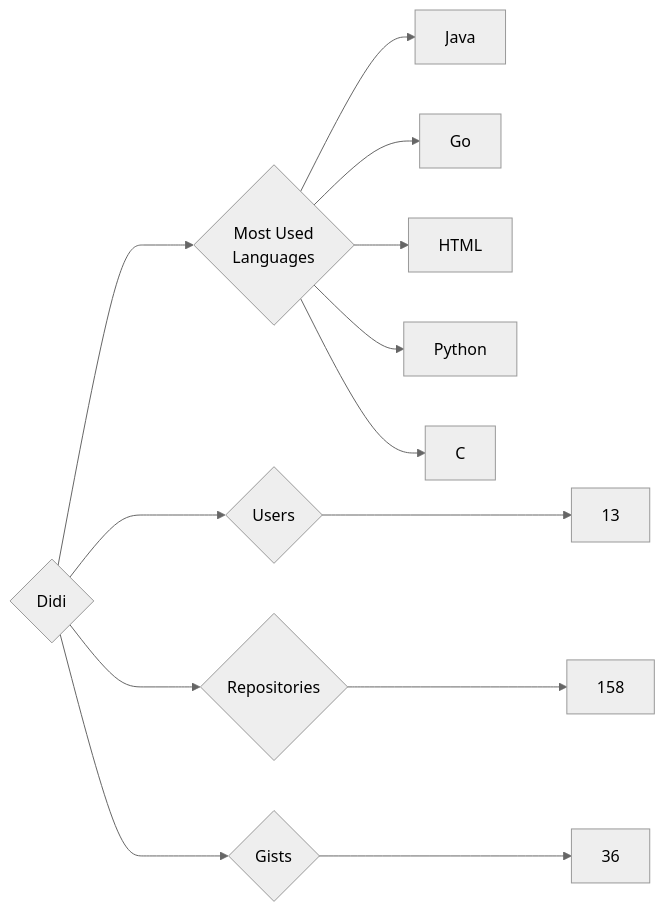
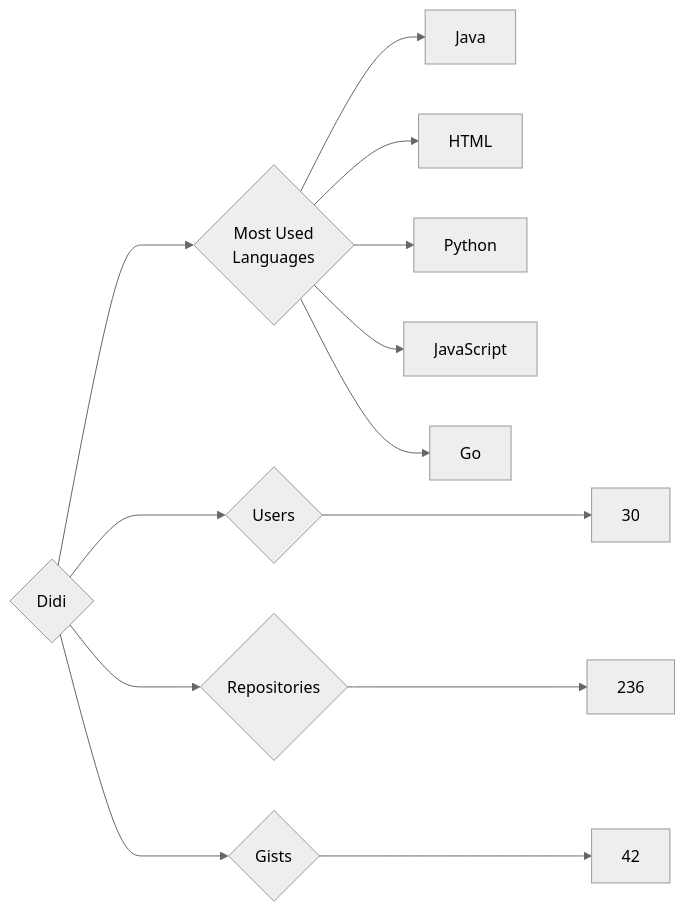
Before and after one commit to trickest/insiders: the diagram in targets/Didi/README.md, drawn with Mermaid (neutral theme). The commit also changed 736 other files, not shown here.

````diff
--- a/targets/Didi/README.md
+++ b/targets/Didi/README.md
@@ -3,13 +3,13 @@
 ```mermaid
 graph LR
 COMPANY_NAME{Didi}
-COMPANY_NAME ---> U{Users} ---> UN[13]
-COMPANY_NAME ---> R{Repositories} ---> RN[158]
-COMPANY_NAME ---> G{Gists} ---> GN[36]
+COMPANY_NAME ---> U{Users} ---> UN[30]
+COMPANY_NAME ---> R{Repositories} ---> RN[236]
+COMPANY_NAME ---> G{Gists} ---> GN[42]
 COMPANY_NAME ---> ML{Most Used<br>Languages}
 ML --> Java[Java]
-ML --> Go[Go]
 ML --> HTML[HTML]
 ML --> Python[Python]
-ML --> C[C]
+ML --> JavaScript[JavaScript]
+ML --> Go[Go]
 ```
````
